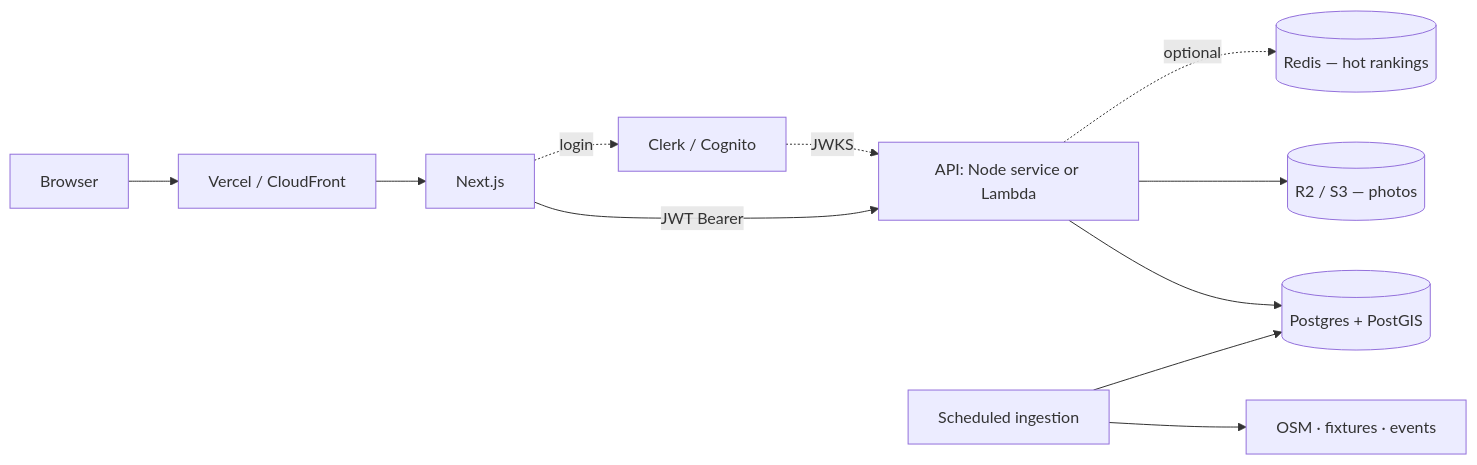
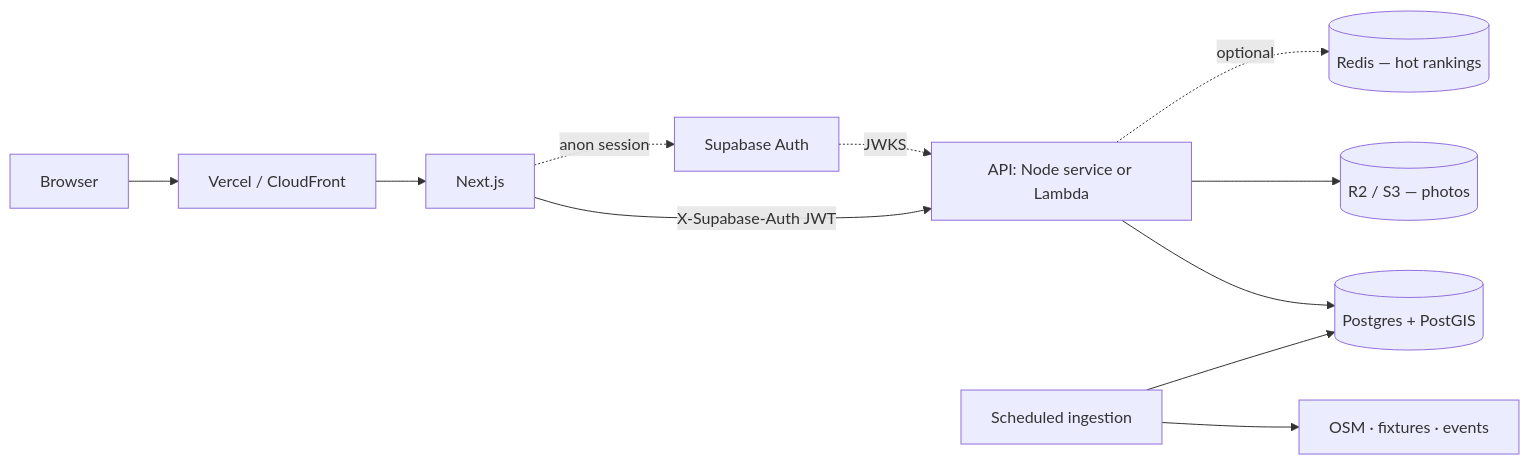
One commit to sharmaajanya27/FIFA_FAn_EXP changed the third of 4 diagrams in ARCHITECTURE.md. Above: the diagram before and after it, drawn with Mermaid. The commit also changed other lines of this file and 30 other files, not shown here.

First line of the commit message:
feat: add Supabase anonymous auth, security hardening, upgrade Next.js 16

````diff
--- a/ARCHITECTURE.md
+++ b/ARCHITECTURE.md
@@ -188,13 +192,13 @@
 ```mermaid
 flowchart LR
     U[Browser] --> CDN[Vercel / CloudFront]
     CDN --> FE[Next.js]
-    FE -->|JWT Bearer| API[API: Node service or Lambda]
-    FE -.login.-> IDP[Clerk / Cognito]
+    FE -->|X-Supabase-Auth JWT| API[API: Node service or Lambda]
+    FE -.anon session.-> IDP[Supabase Auth]
     IDP -.JWKS.-> API
     API --> PG[(Postgres + PostGIS)]
     API --> OBJ[(R2 / S3 — photos)]
     API -.optional.-> REDIS[(Redis — hot rankings)]
     CRON[Scheduled ingestion] --> SRC[OSM · fixtures · events]
     CRON --> PG
 ```
````
